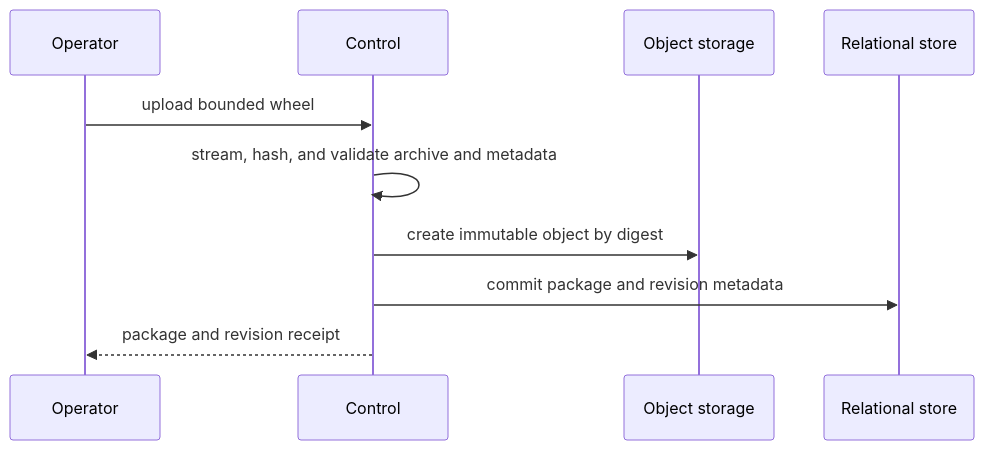
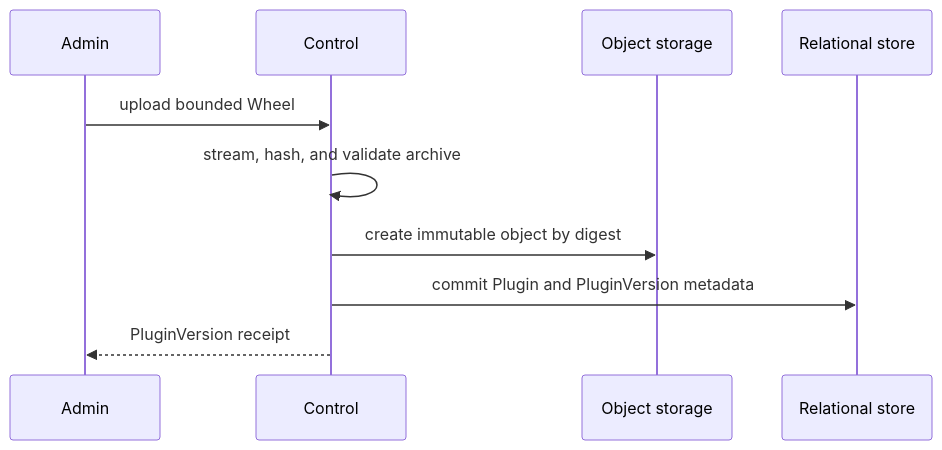
One commit to LTThreeComma/agent-foundation changed the first of 2 diagrams in spec/foundation-service/26-harness-plugin-artifacts-and-runtime-loading.md. Above: the diagram before and after it, drawn with Mermaid. The commit also changed other lines of this file and 23 other files, not shown here.

````diff
--- a/spec/foundation-service/26-harness-plugin-artifacts-and-runtime-loading.md
+++ b/spec/foundation-service/26-harness-plugin-artifacts-and-runtime-loading.md
@@ -258,13 +73,13 @@
 ```mermaid
 sequenceDiagram
-    participant Operator
+    participant Admin
     participant Control
     participant Objects as Object storage
     participant DB as Relational store
 
-    Operator->>Control: upload bounded wheel
-    Control->>Control: stream, hash, and validate archive and metadata
+    Admin->>Control: upload bounded Wheel
+    Control->>Control: stream, hash, and validate archive
     Control->>Objects: create immutable object by digest
-    Control->>DB: commit package and revision metadata
-    Control-->>Operator: package and revision receipt
+    Control->>DB: commit Plugin and PluginVersion metadata
+    Control-->>Admin: PluginVersion receipt
 ```
````
